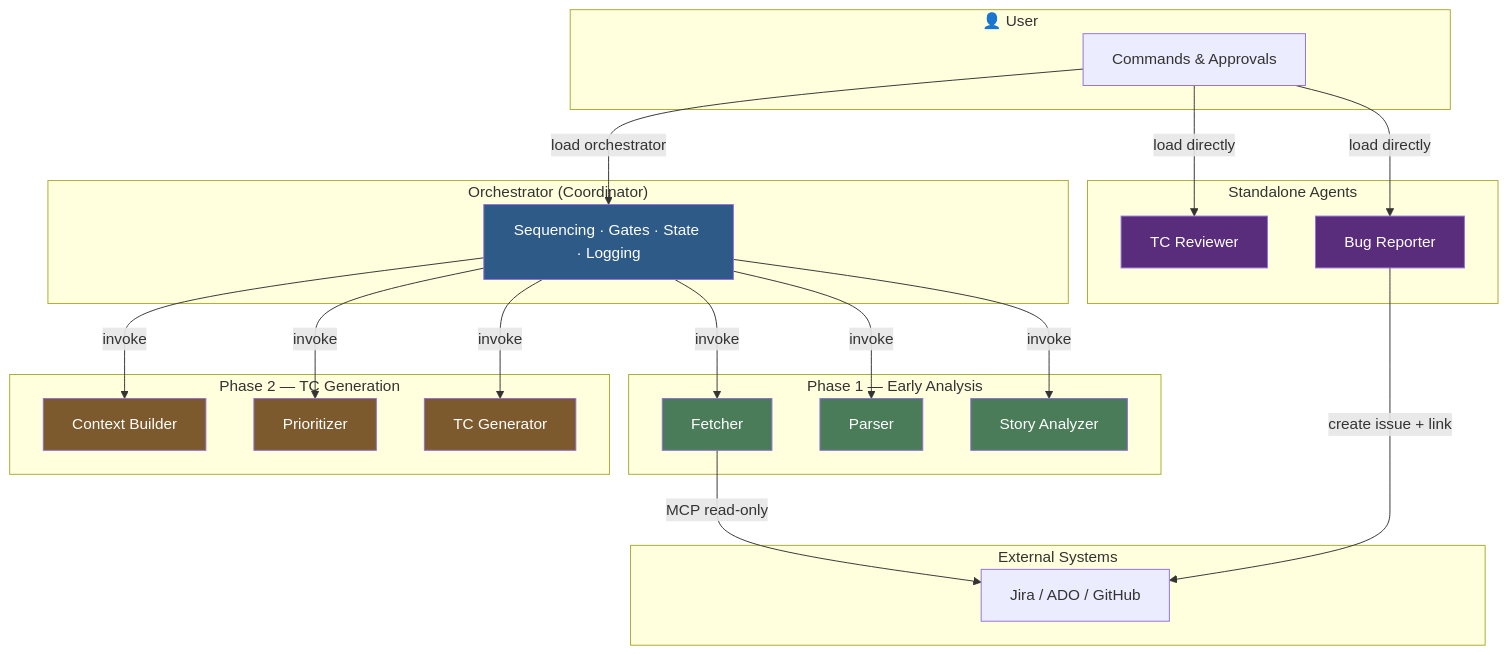
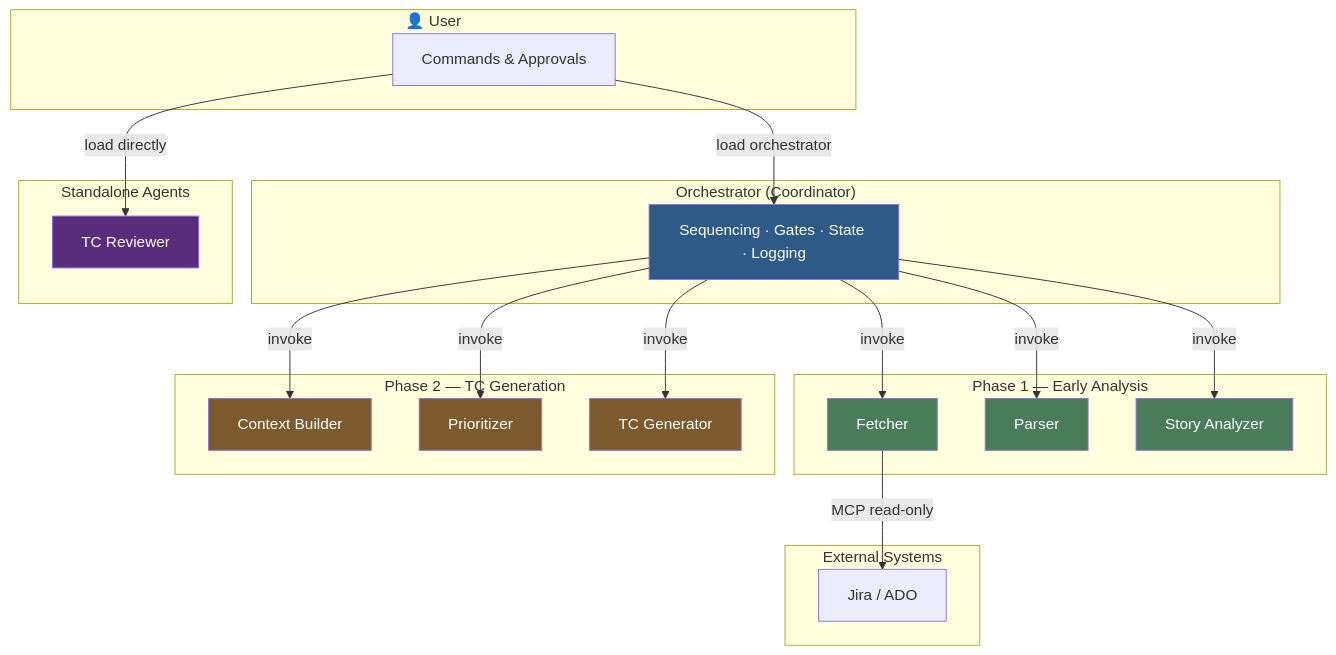
One commit to MF3093/PipelineQA changed the first of 4 diagrams in docs/architecture.md. Above: the diagram before and after it, drawn with Mermaid. The commit also changed other lines of this file and 77 other files, not shown here.

````diff
--- a/docs/architecture.md
+++ b/docs/architecture.md
@@ -9,54 +9,50 @@
 ```mermaid
 graph TB
     subgraph User["👤 User"]
         U[Commands & Approvals]
     end
 
     subgraph Orchestrator["Orchestrator (Coordinator)"]
         O[Sequencing · Gates · State · Logging]
     end
 
     subgraph Phase1["Phase 1 — Early Analysis"]
         F[Fetcher]
         P[Parser]
         SA[Story Analyzer]
     end
 
     subgraph Phase2["Phase 2 — TC Generation"]
         CB[Context Builder]
         PR[Prioritizer]
         TG[TC Generator]
     end
 
     subgraph Standalone["Standalone Agents"]
         TR[TC Reviewer]
-        BR[Bug Reporter]
     end
 
     subgraph External["External Systems"]
-        JIRA[Jira / ADO / GitHub]
+        JIRA[Jira / ADO]
     end
 
     U -->|"load orchestrator"| O
     O -->|"invoke"| F
     O -->|"invoke"| P
     O -->|"invoke"| SA
     O -->|"invoke"| CB
     O -->|"invoke"| PR
     O -->|"invoke"| TG
     U -->|"load directly"| TR
-    U -->|"load directly"| BR
 
     F -->|"MCP read-only"| JIRA
-    BR -->|"create issue + link"| JIRA
 
     style O fill:#2d5a87,color:#fff
     style F fill:#4a7c59,color:#fff
     style P fill:#4a7c59,color:#fff
     style SA fill:#4a7c59,color:#fff
     style CB fill:#7c5a2d,color:#fff
     style PR fill:#7c5a2d,color:#fff
     style TG fill:#7c5a2d,color:#fff
     style TR fill:#5a2d7c,color:#fff
-    style BR fill:#5a2d7c,color:#fff
 ```
````
